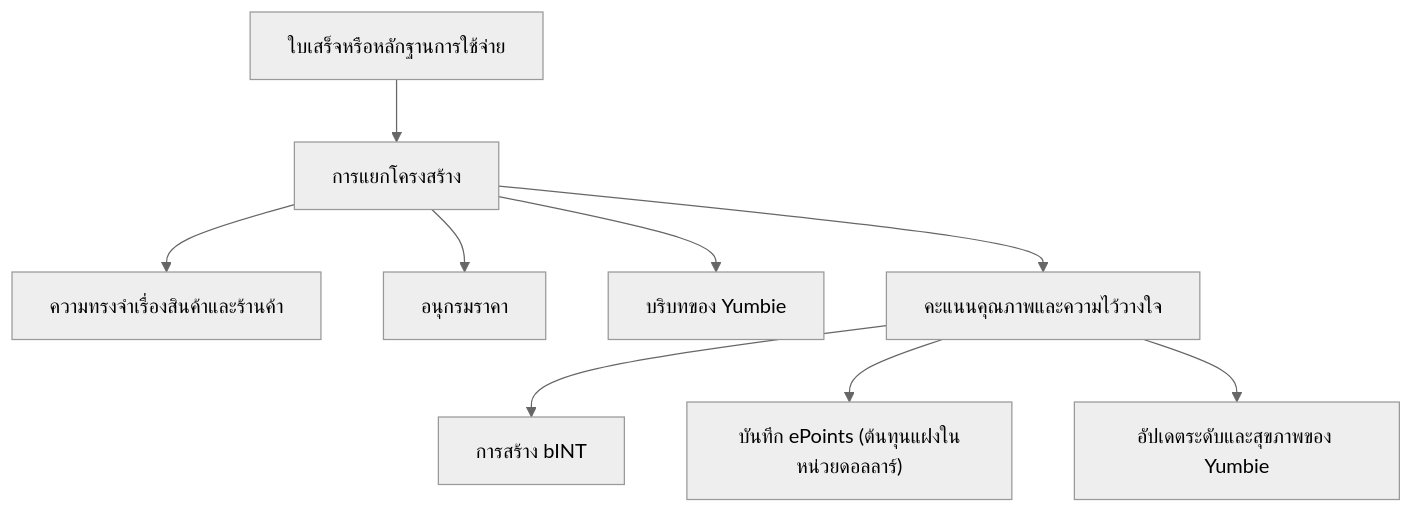
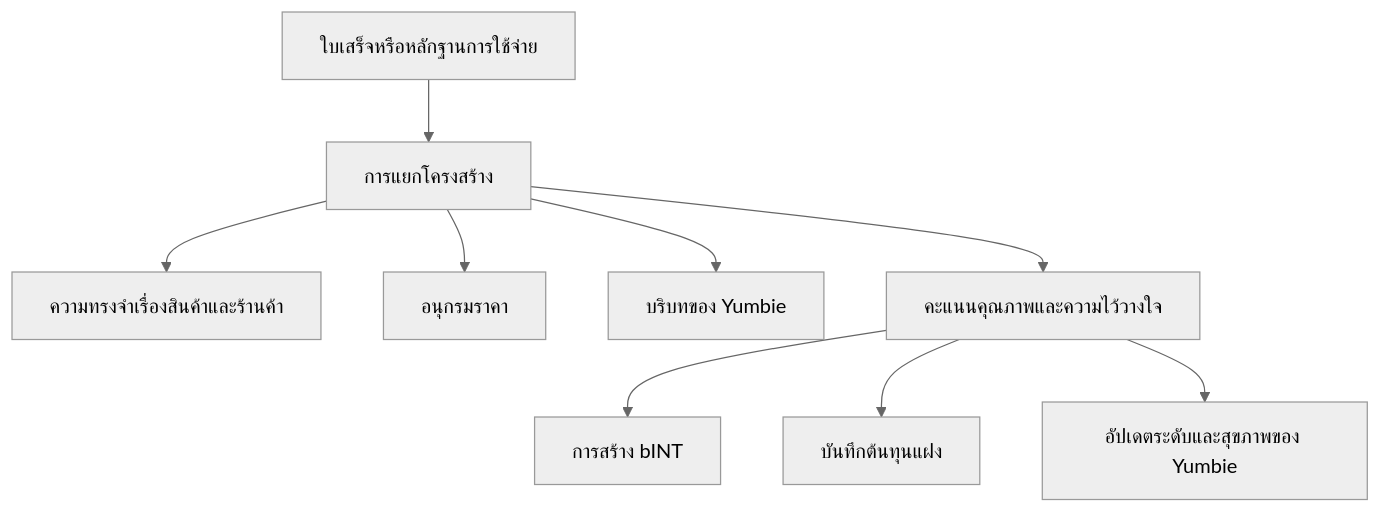
Before and after one commit to Yumo-Yumo-Inc/yumoyumohq: the diagram in content/whitepaper/th/proof-of-expense-and-price-memory.md, drawn with Mermaid (neutral theme). The commit also changed other lines of this file and 1048 other files, not shown here.

````diff
--- a/content/whitepaper/th/proof-of-expense-and-price-memory.md
+++ b/content/whitepaper/th/proof-of-expense-and-price-memory.md
@@ -9,11 +9,11 @@
 ```mermaid
 flowchart TD
     A["ใบเสร็จหรือหลักฐานการใช้จ่าย"] --> B["การแยกโครงสร้าง"]
     B --> C["ความทรงจำเรื่องสินค้าและร้านค้า"]
     B --> D["อนุกรมราคา"]
     B --> E["บริบทของ Yumbie"]
     B --> F["คะแนนคุณภาพและความไว้วางใจ"]
     F --> G["การสร้าง bINT"]
-    F --> H["บันทึก ePoints (ต้นทุนแฝงในหน่วยดอลลาร์)"]
+    F --> H["บันทึกต้นทุนแฝง"]
     F --> I["อัปเดตระดับและสุขภาพของ Yumbie"]
 ```
````
